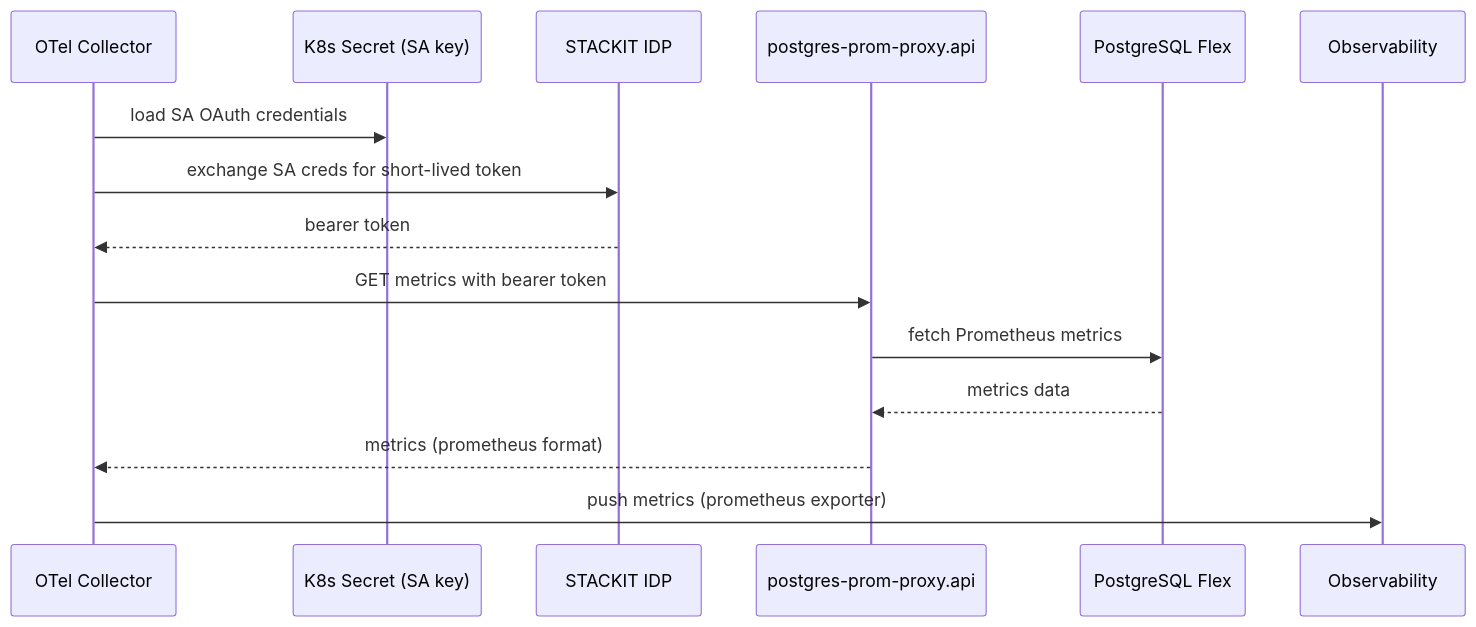
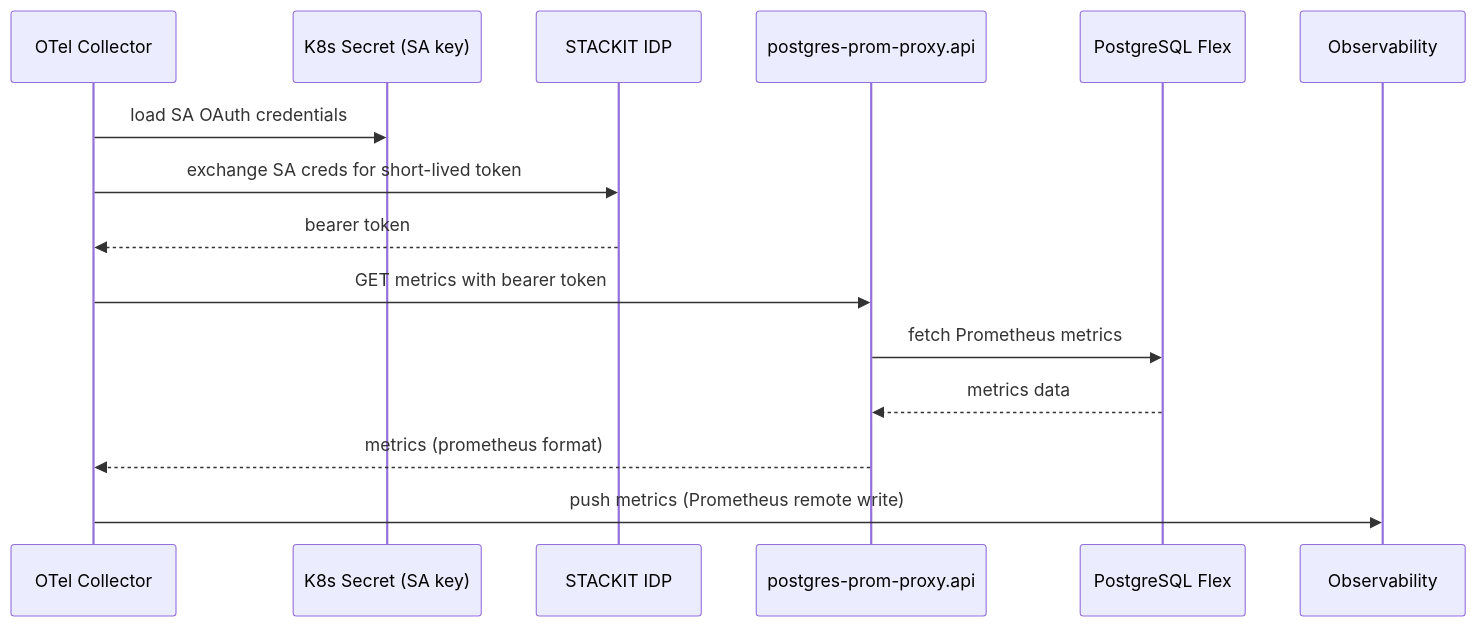
One commit to stackitcloud/professional-service changed the first of 2 diagrams in examples/dbaas-otel-collect-metrics/README.md. Above: the diagram before and after it, drawn with Mermaid. The commit also changed other lines of this file and 12 other files, not shown here.

````diff
--- a/examples/dbaas-otel-collect-metrics/README.md
+++ b/examples/dbaas-otel-collect-metrics/README.md
@@ -16,18 +16,18 @@
 ```mermaid
 sequenceDiagram
     participant OT as OTel Collector
     participant SEC as K8s Secret (SA key)
     participant IDP as STACKIT IDP
     participant API as postgres-prom-proxy.api
     participant PG as PostgreSQL Flex
     participant OBS as Observability
 
     OT->>SEC: load SA OAuth credentials
     OT->>IDP: exchange SA creds for short-lived token
     IDP-->>OT: bearer token
     OT->>API: GET metrics with bearer token
     API->>PG: fetch Prometheus metrics
     PG-->>API: metrics data
     API-->>OT: metrics (prometheus format)
-    OT->>OBS: push metrics (prometheus exporter)
+    OT->>OBS: push metrics (Prometheus remote write)
 ```
````
